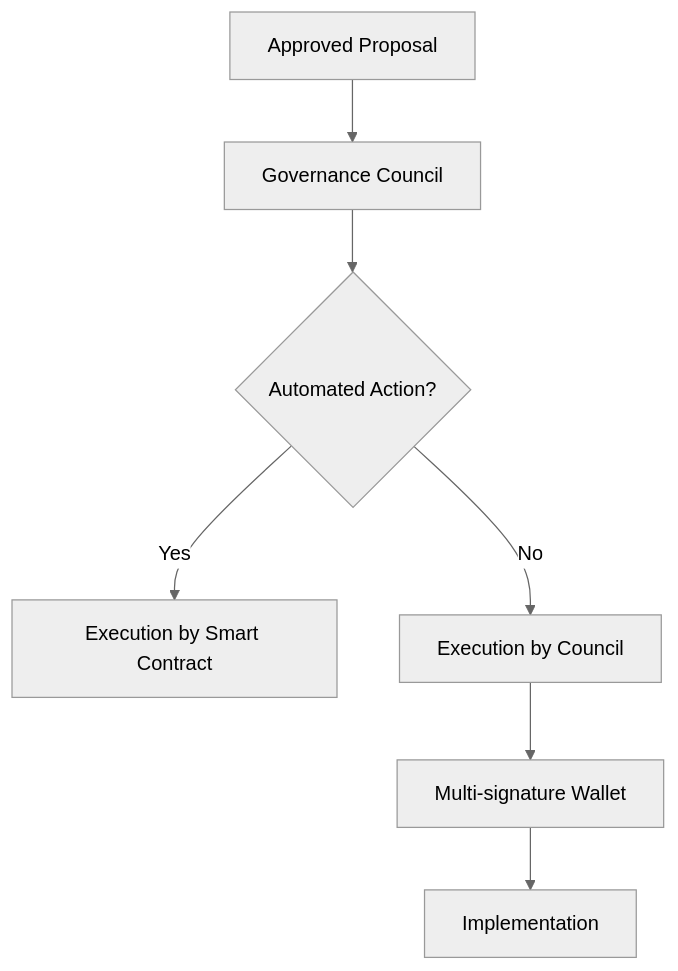
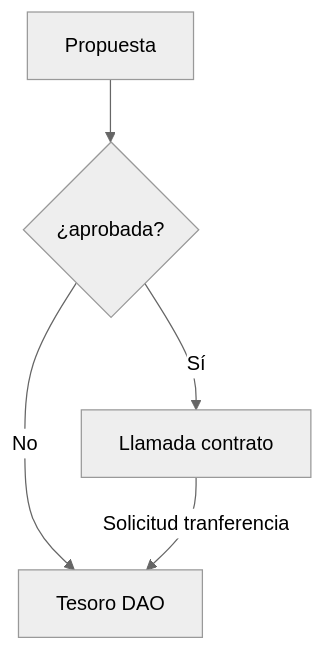
One commit to eth-ecuador/eth-ecuador-dao changed the fourth of 4 diagrams in YellowPaper.md. Above: the diagram before and after it, drawn with Mermaid (neutral theme). The commit also changed other lines of this file, not shown here.

````diff
--- a/YellowPaper.md
+++ b/YellowPaper.md
@@ -272,9 +230,7 @@
 ```mermaid
 flowchart TD
-    A[Approved Proposal] --> B[Governance Council]
-    B --> C{Automated Action?}
-    C -->|Yes| D[Execution by Smart Contract]
-    C -->|No| E[Execution by Council]
-    E --> F[Multi-signature Wallet]
-    F --> G[Implementation]
+    A[Propuesta] --> C{¿aprobada?}
+    C -->|Sí| E[Llamada contrato]
+    C -->|No| F[Propuesta rechazada]
+    E --> |Solicitud tranferencia| F[Tesoro DAO]
 ```
````
